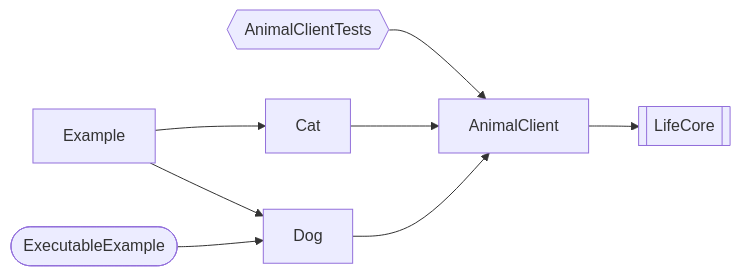
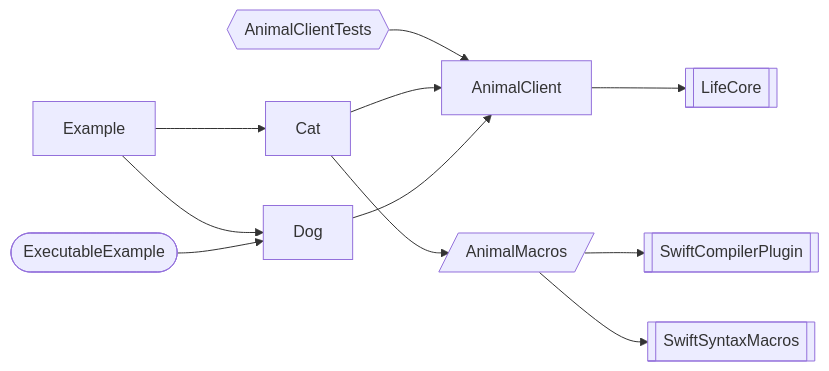
The sixth of 9 diagrams in README.md (daikimat/depermaid), drawn with Mermaid before and after one commit. The commit also changed other lines of this file and 4 other files, not shown here.

````diff
--- a/README.md
+++ b/README.md
@@ -123,10 +138,13 @@
 ```mermaid
 flowchart LR
     AnimalClient-->LifeCore[[LifeCore]]
     AnimalClientTests{{AnimalClientTests}}-->AnimalClient
+    AnimalMacros[/AnimalMacros/]-->SwiftCompilerPlugin[[SwiftCompilerPlugin]]
+    AnimalMacros[/AnimalMacros/]-->SwiftSyntaxMacros[[SwiftSyntaxMacros]]
     Cat-->AnimalClient
+    Cat-->AnimalMacros
     Dog-->AnimalClient
     Example-->Cat
     Example-->Dog
     ExecutableExample([ExecutableExample])-->Dog
 ```
````
